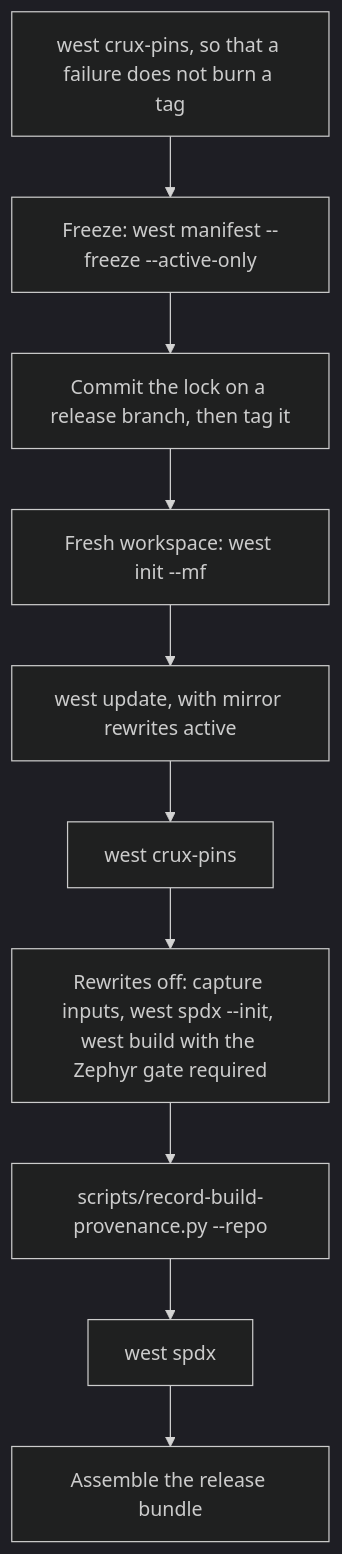
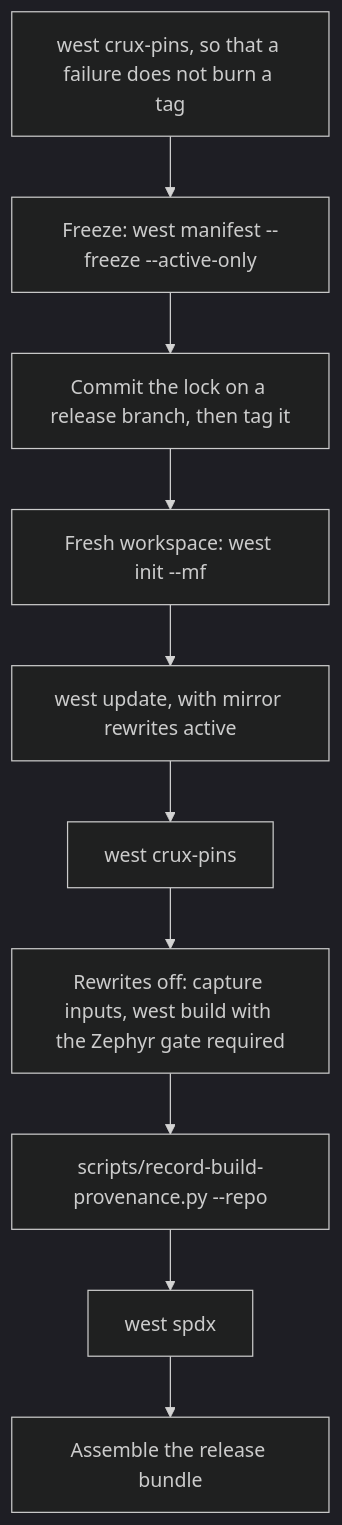
One commit to wonny-labs/crux changed the fourth of 4 diagrams in docs/product-composition.md. Above: the diagram before and after it, drawn with Mermaid (dark theme). The commit also changed other lines of this file and 52 other files, not shown here.

First line of the commit message:
build(zephyr): move the baseline from Zephyr v4.4.2 to v4.5.0

````diff
--- a/docs/product-composition.md
+++ b/docs/product-composition.md
@@ -673,12 +673,12 @@
 ```mermaid
 flowchart TD
     P["west crux-pins, so that a failure does not burn a tag"] --> A["Freeze: west manifest --freeze --active-only"]
     A --> B["Commit the lock on a release branch, then tag it"]
     B --> C["Fresh workspace: west init --mf"]
     C --> D["west update, with mirror rewrites active"]
     D --> E["west crux-pins"]
-    E --> F["Rewrites off: capture inputs, west spdx --init, west build with the Zephyr gate required"]
+    E --> F["Rewrites off: capture inputs, west build with the Zephyr gate required"]
     F --> G["scripts/record-build-provenance.py --repo"]
     G --> H["west spdx"]
     H --> I["Assemble the release bundle"]
 ```
````
